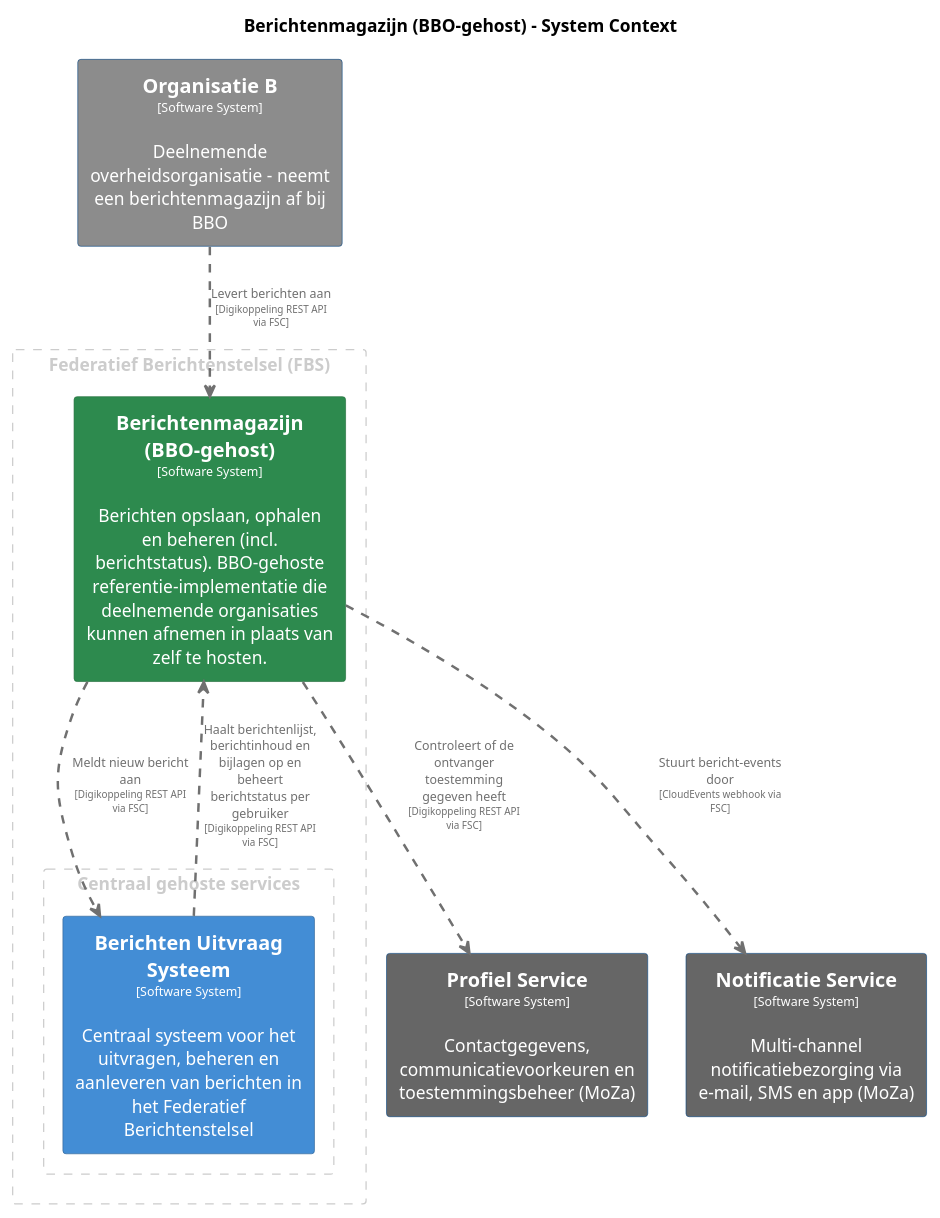
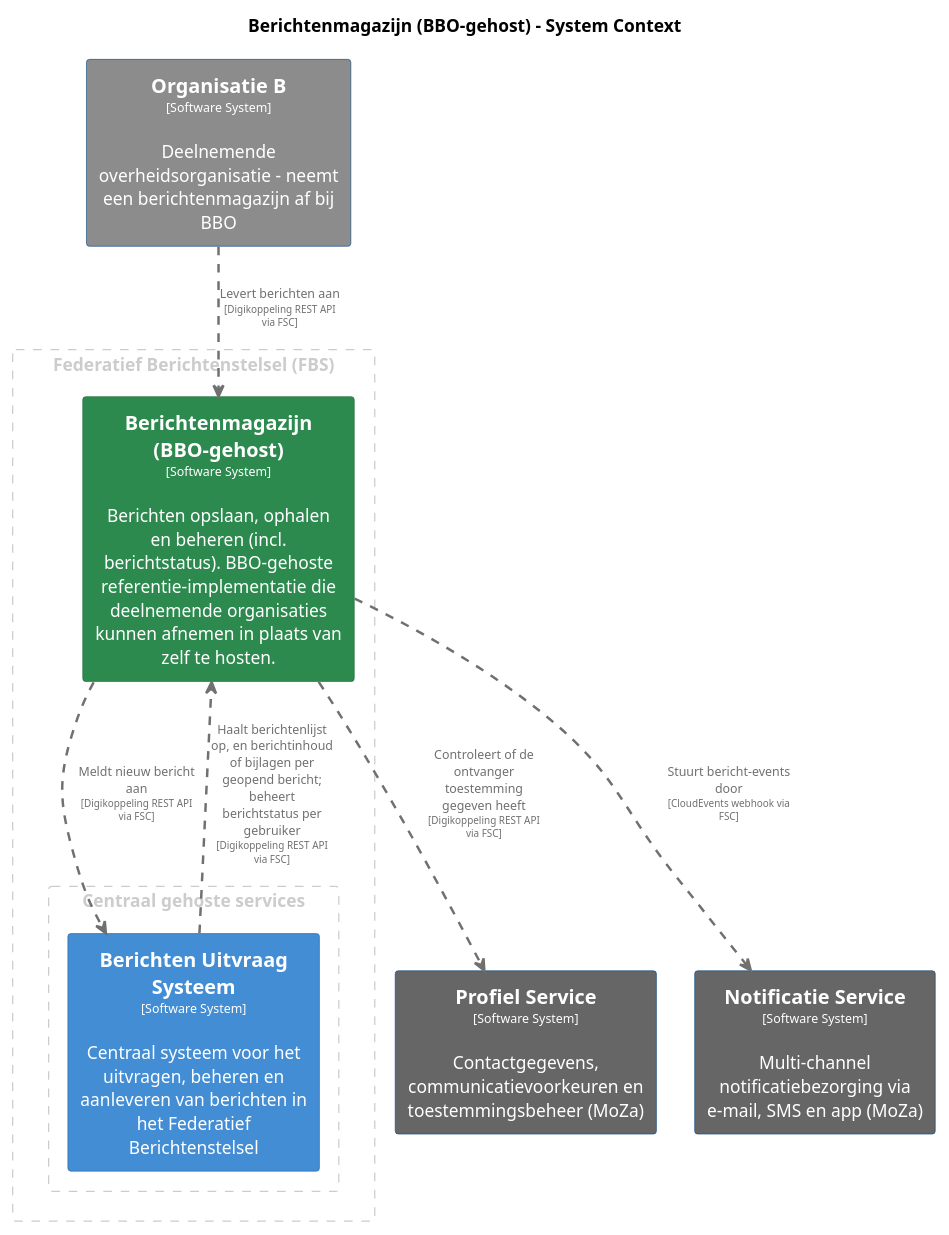
The diagram in master/puml/Berichtenmagazijn.puml (MinBZK/moza-poc-fbs-berichtenbox), drawn with PlantUML before and after one commit. The commit also changed 41 other files, not shown here.

```diff
--- a/master/puml/Berichtenmagazijn.puml
+++ b/master/puml/Berichtenmagazijn.puml
@@ -1,74 +1,74 @@
 @startuml
 set separator none
 title Berichtenmagazijn (BBO-gehost) - System Context
 
 top to bottom direction
 skinparam ranksep 60
 skinparam nodesep 30
 
 skinparam {
   arrowFontSize 10
   defaultTextAlignment center
   wrapWidth 200
   maxMessageSize 100
 }
 
 hide stereotype
 
 skinparam rectangle<<BerichtenUitvraagSysteem>> {
   BackgroundColor #438dd5
   FontColor #ffffff
   BorderColor #2e6295
   shadowing false
 }
 skinparam rectangle<<BerichtenmagazijnBBOgehost>> {
   BackgroundColor #2d8a4e
   FontColor #ffffff
   BorderColor #1e6b38
   shadowing false
 }
 skinparam rectangle<<NotificatieService>> {
   BackgroundColor #666666
   FontColor #ffffff
   BorderColor #0b4884
   shadowing false
 }
 skinparam rectangle<<OrganisatieB>> {
   BackgroundColor #8c8c8c
   FontColor #ffffff
   BorderColor #0b4884
   shadowing false
 }
 skinparam rectangle<<ProfielService>> {
   BackgroundColor #666666
   FontColor #ffffff
   BorderColor #0b4884
   shadowing false
 }
 
 rectangle "Federatief Berichtenstelsel (FBS)" <<group1>> as group1 {
   skinparam RectangleBorderColor<<group1>> #cccccc
   skinparam RectangleFontColor<<group1>> #cccccc
   skinparam RectangleBorderStyle<<group1>> dashed
 
   rectangle "==Berichtenmagazijn (BBO-gehost)\n<size:10>[Software System]</size>\n\nBerichten opslaan, ophalen en beheren (incl. berichtstatus). BBO-gehoste referentie-implementatie die deelnemende organisaties kunnen afnemen in plaats van zelf te hosten." <<BerichtenmagazijnBBOgehost>> as BerichtenmagazijnBBOgehost
     rectangle "Centraal gehoste services" <<group2>> as group2 {
       skinparam RectangleBorderColor<<group2>> #cccccc
       skinparam RectangleFontColor<<group2>> #cccccc
       skinparam RectangleBorderStyle<<group2>> dashed
 
       rectangle "==Berichten Uitvraag Systeem\n<size:10>[Software System]</size>\n\nCentraal systeem voor het uitvragen, beheren en aanleveren van berichten in het Federatief Berichtenstelsel" <<BerichtenUitvraagSysteem>> as BerichtenUitvraagSysteem
     }
 
 }
 
 rectangle "==Organisatie B\n<size:10>[Software System]</size>\n\nDeelnemende overheidsorganisatie - neemt een berichtenmagazijn af bij BBO" <<OrganisatieB>> as OrganisatieB
 rectangle "==Profiel Service\n<size:10>[Software System]</size>\n\nContactgegevens, communicatievoorkeuren en toestemmingsbeheer (MoZa)" <<ProfielService>> as ProfielService
 rectangle "==Notificatie Service\n<size:10>[Software System]</size>\n\nMulti-channel notificatiebezorging via e-mail, SMS en app (MoZa)" <<NotificatieService>> as NotificatieService
 
-BerichtenUitvraagSysteem .[#707070,thickness=2].> BerichtenmagazijnBBOgehost : "<color:#707070>Haalt berichtenlijst, berichtinhoud en bijlagen op en beheert berichtstatus per gebruiker\n<color:#707070><size:8>[Digikoppeling REST API via FSC]</size>"
+BerichtenUitvraagSysteem .[#707070,thickness=2].> BerichtenmagazijnBBOgehost : "<color:#707070>Haalt berichtenlijst op, en berichtinhoud of bijlagen per geopend bericht; beheert berichtstatus per gebruiker\n<color:#707070><size:8>[Digikoppeling REST API via FSC]</size>"
 BerichtenmagazijnBBOgehost .[#707070,thickness=2].> BerichtenUitvraagSysteem : "<color:#707070>Meldt nieuw bericht aan\n<color:#707070><size:8>[Digikoppeling REST API via FSC]</size>"
 BerichtenmagazijnBBOgehost .[#707070,thickness=2].> NotificatieService : "<color:#707070>Stuurt bericht-events door\n<color:#707070><size:8>[CloudEvents webhook via FSC]</size>"
 OrganisatieB .[#707070,thickness=2].> BerichtenmagazijnBBOgehost : "<color:#707070>Levert berichten aan\n<color:#707070><size:8>[Digikoppeling REST API via FSC]</size>"
 BerichtenmagazijnBBOgehost .[#707070,thickness=2].> ProfielService : "<color:#707070>Controleert of de ontvanger toestemming gegeven heeft\n<color:#707070><size:8>[Digikoppeling REST API via FSC]</size>"
 @enduml
```
